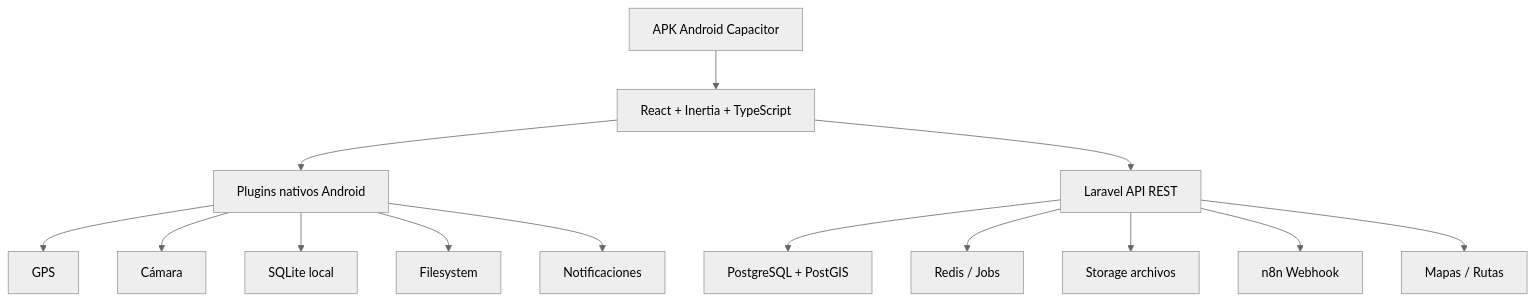
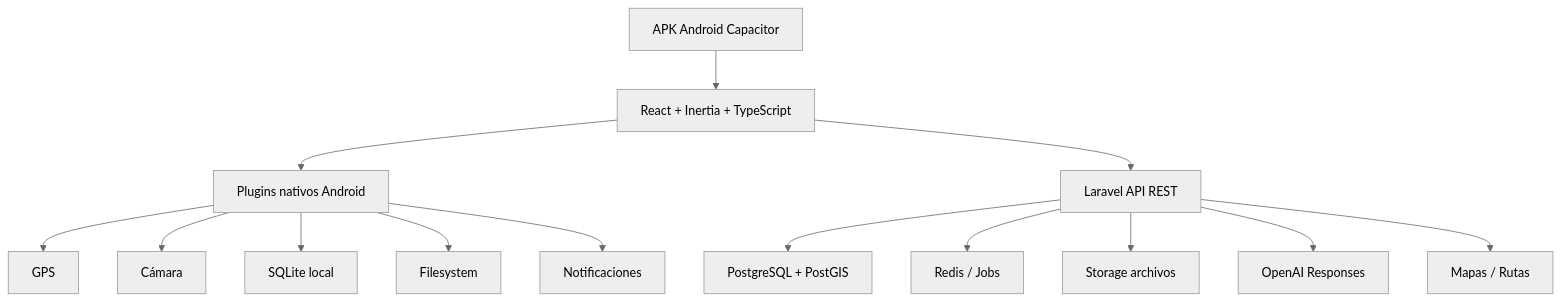
Before and after one commit to Giossue/app-ciclismo-guaranda: the diagram in .codex/architecture/system_architecture.md, drawn with Mermaid (neutral theme). The commit also changed other lines of this file and 53 other files, not shown here.

````diff
--- a/.codex/architecture/system_architecture.md
+++ b/.codex/architecture/system_architecture.md
@@ -5,16 +5,16 @@
 ```mermaid
 flowchart TD
     A[APK Android Capacitor] --> B[React + Inertia + TypeScript]
     B --> C[Plugins nativos Android]
     B --> D[Laravel API REST]
     C --> C1[GPS]
     C --> C2[Cámara]
     C --> C3[SQLite local]
     C --> C4[Filesystem]
     C --> C5[Notificaciones]
     D --> E[PostgreSQL + PostGIS]
     D --> F[Redis / Jobs]
     D --> G[Storage archivos]
-    D --> H[n8n Webhook]
+    D --> H[OpenAI Responses]
     D --> I[Mapas / Rutas]
 ```
````
